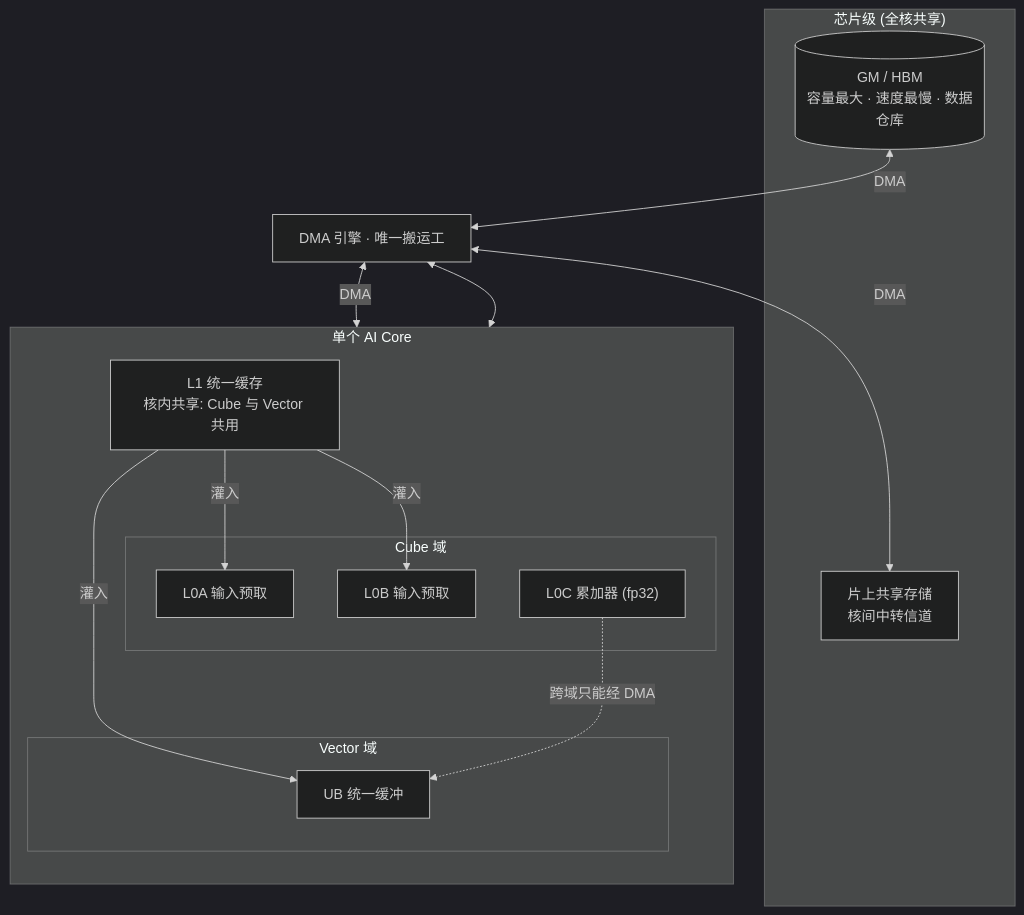
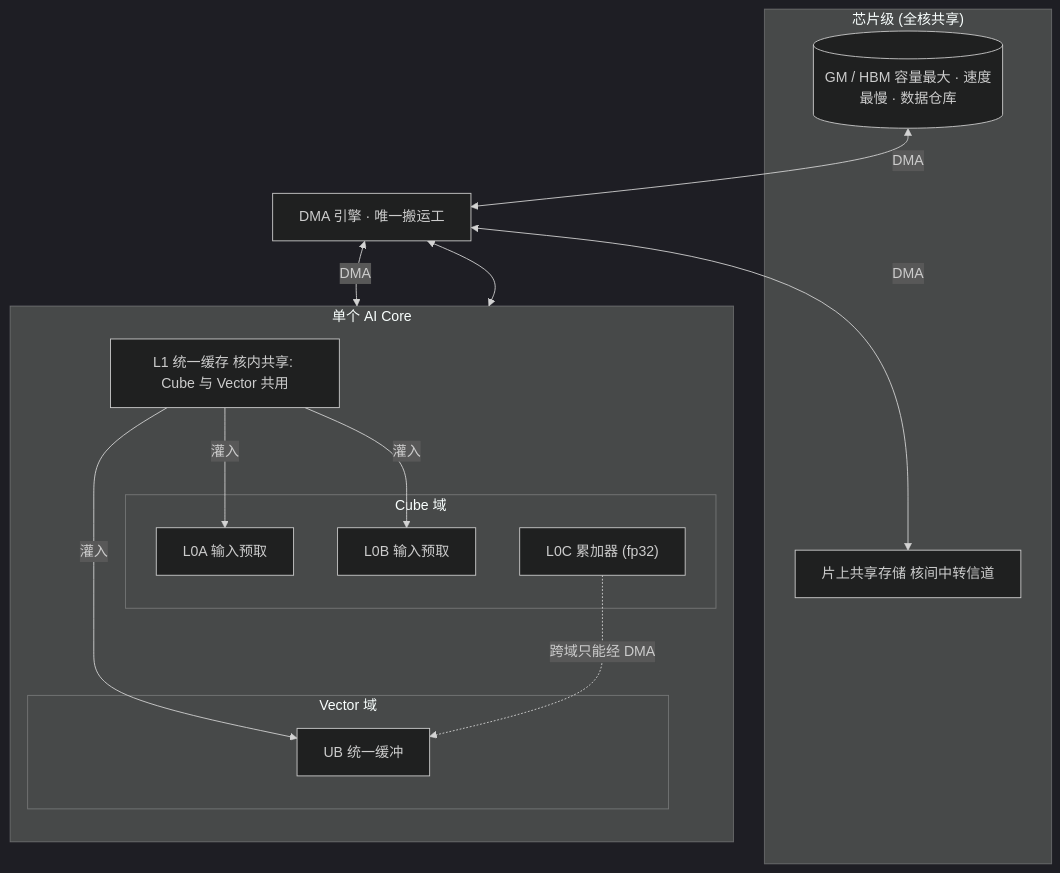
The first of 2 diagrams in docs/pages/hardware/02-storage-hierarchy.md (SuccinctPaul/Ascend-Notes), drawn with Mermaid (dark theme) before and after one commit. The commit also changed other lines of this file and 8 other files, not shown here.

````diff
--- a/docs/pages/hardware/02-storage-hierarchy.md
+++ b/docs/pages/hardware/02-storage-hierarchy.md
@@ -86,28 +86,28 @@
 ```mermaid
 flowchart TB
     subgraph CHIP["芯片级 (全核共享)"]
-        GM[("GM / HBM<br/>容量最大 · 速度最慢 · 数据仓库")]
-        SHARE["片上共享存储<br/>核间中转信道"]
+        GM[("GM / HBM 容量最大 · 速度最慢 · 数据仓库")]
+        SHARE["片上共享存储 核间中转信道"]
     end
     subgraph CORE["单个 AI Core"]
         direction TB
-        L1["L1 统一缓存<br/>核内共享: Cube 与 Vector 共用"]
+        L1["L1 统一缓存 核内共享: Cube 与 Vector 共用"]
         subgraph CUBEDOM["Cube 域"]
             L0A["L0A 输入预取"]
             L0B["L0B 输入预取"]
             L0C["L0C 累加器 (fp32)"]
         end
         subgraph VECDOM["Vector 域"]
             UB["UB 统一缓冲"]
         end
     end
     DMA["DMA 引擎 · 唯一搬运工"]
     GM <-->|DMA| DMA
     DMA <-->|DMA| SHARE
     DMA <-->|DMA| L1
     L1 -->|灌入| L0A
     L1 -->|灌入| L0B
     L1 -->|灌入| UB
     L0C -.->|"跨域只能经 DMA"| UB
     DMA <--> L0C
 ```
````
